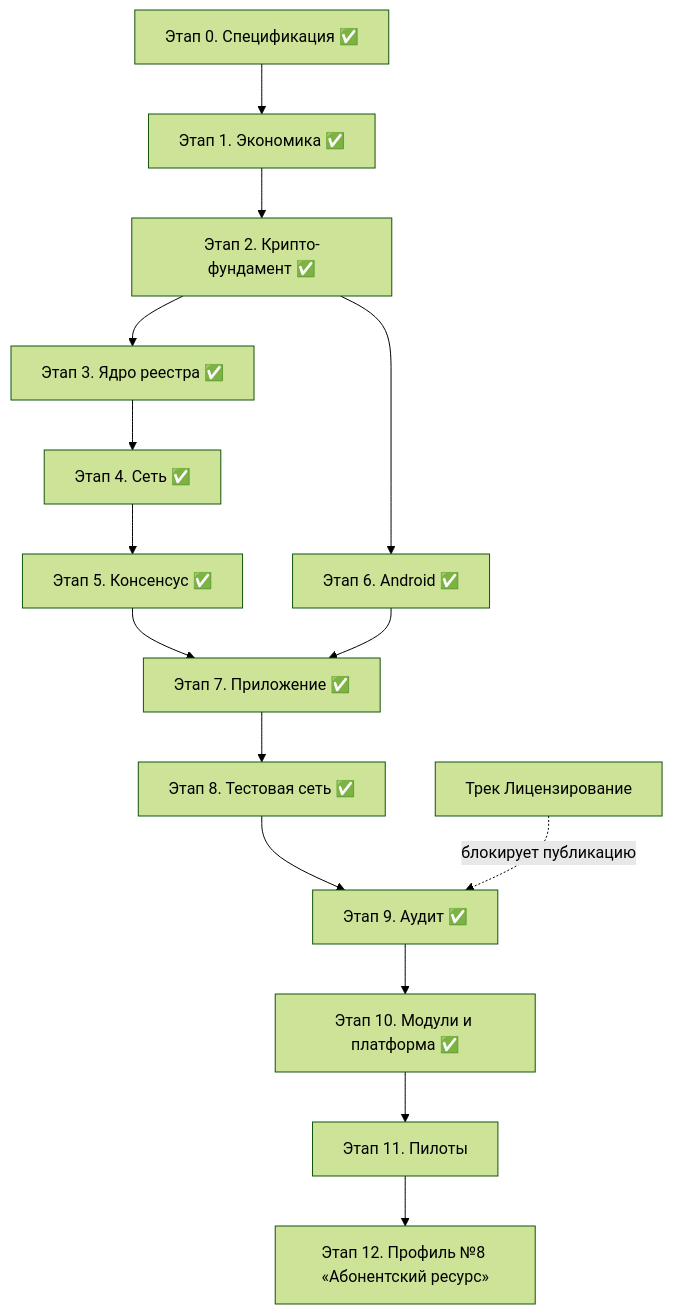
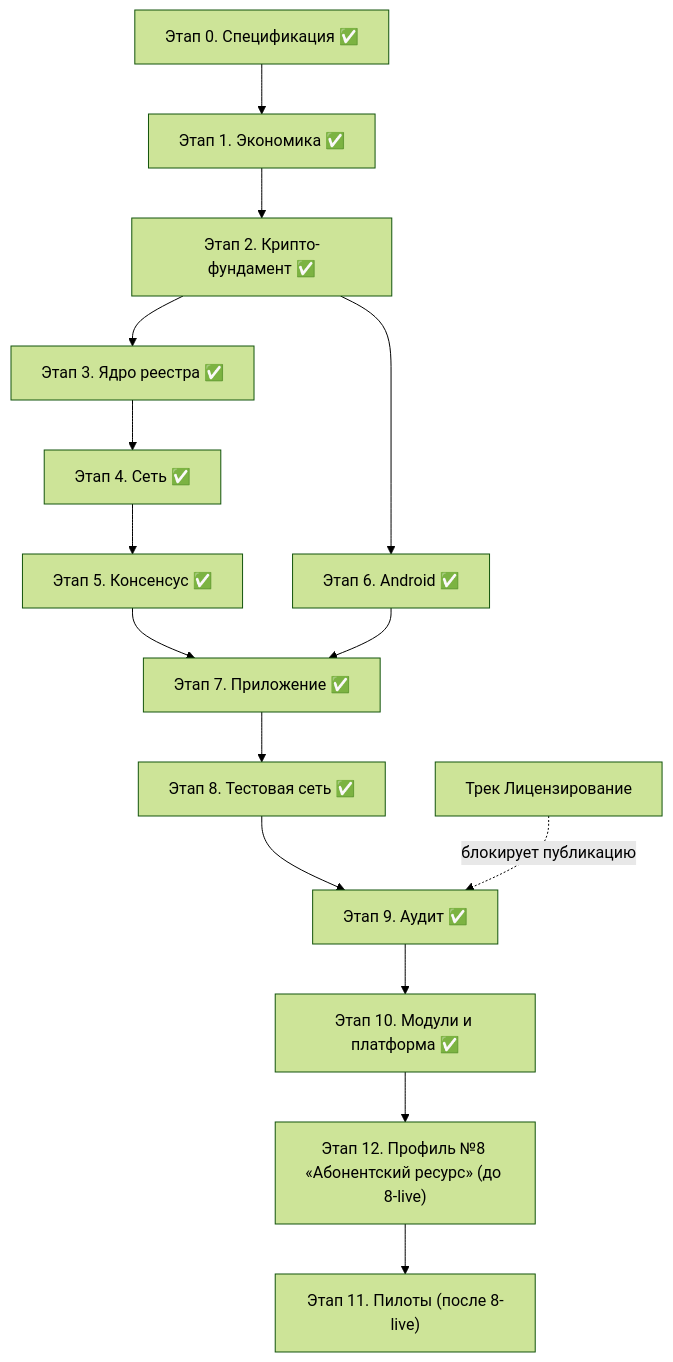
One commit to rumatakira74/equality-trust-networks changed the diagram in docs/development-plan.md. Above: the diagram before and after it, drawn with Mermaid (forest theme). The commit also changed other lines of this file, not shown here.

Commit message:
План: этап 12 реализуется до блока 8-live (решение владельца 27.10.2026)

````diff
--- a/docs/development-plan.md
+++ b/docs/development-plan.md
@@ -277,17 +277,17 @@
 ```mermaid
 flowchart TD
     S0["Этап 0. Спецификация ✅"] --> S1["Этап 1. Экономика ✅"]
     S1 --> S2["Этап 2. Крипто-фундамент ✅"]
     S2 --> S3["Этап 3. Ядро реестра ✅"]
     S3 --> S4["Этап 4. Сеть ✅"]
     S4 --> S5["Этап 5. Консенсус ✅"]
     S2 --> S6["Этап 6. Android ✅"]
     S5 --> S7["Этап 7. Приложение ✅"]
     S6 --> S7
     S7 --> S8["Этап 8. Тестовая сеть ✅"]
     S8 --> S9["Этап 9. Аудит ✅"]
     S9 --> S10["Этап 10. Модули и платформа ✅"]
-    S10 --> S11["Этап 11. Пилоты"]
-    S11 --> S12["Этап 12. Профиль №8 «Абонентский ресурс»"]
+    S10 --> S12["Этап 12. Профиль №8 «Абонентский ресурс» (до 8-live)"]
+    S12 --> S11["Этап 11. Пилоты (после 8-live)"]
     L["Трек Лицензирование"] -. "блокирует публикацию" .-> S9
 ```
````
